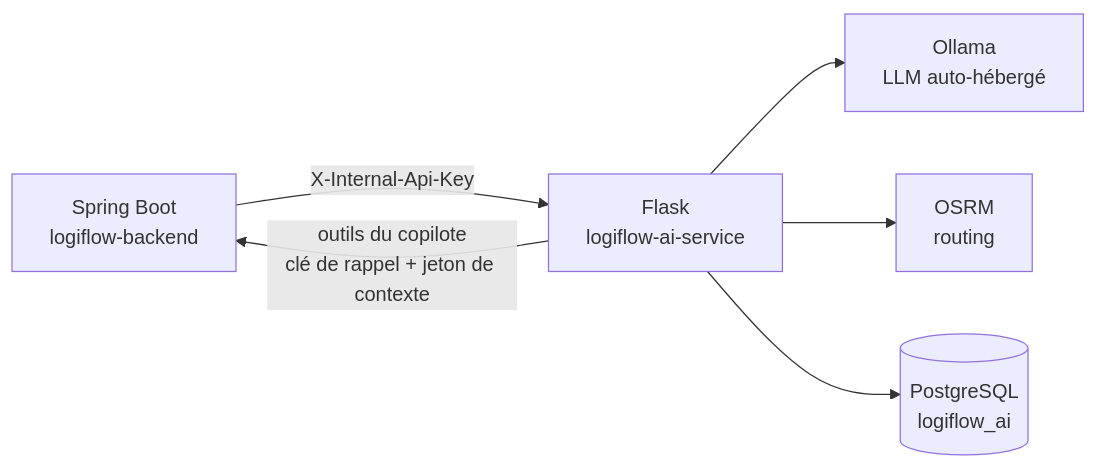
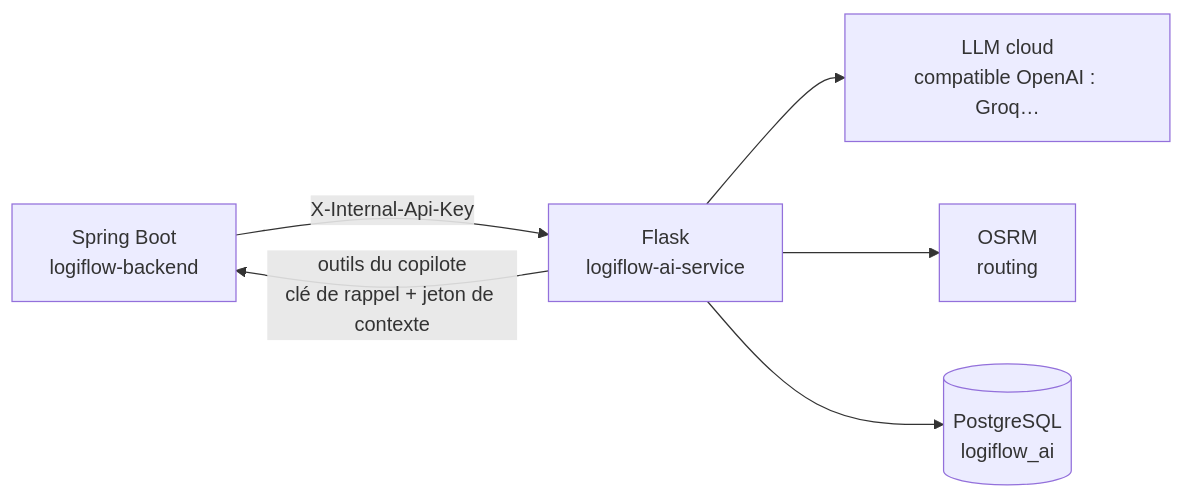
The diagram in docs/architecture.md (ibrahim-stitou/logiflow-ai-service), drawn with Mermaid before and after one commit. The commit also changed other lines of this file and 24 other files, not shown here.

First line of the commit message:
feat(copilote): LLM cloud compatible OpenAI (Groq par défaut) à la place d'Ollama

````diff
--- a/docs/architecture.md
+++ b/docs/architecture.md
@@ -11,8 +11,8 @@
 ```mermaid
 graph LR
     SB[Spring Boot<br/>logiflow-backend] -->|X-Internal-Api-Key| FL[Flask<br/>logiflow-ai-service]
     FL -->|outils du copilote<br/>clé de rappel + jeton de contexte| SB
-    FL --> OL[Ollama<br/>LLM auto-hébergé]
+    FL --> OL[LLM cloud<br/>compatible OpenAI : Groq…]
     FL --> OS[OSRM<br/>routing]
     FL --> DB[(PostgreSQL<br/>logiflow_ai)]
 ```
````
